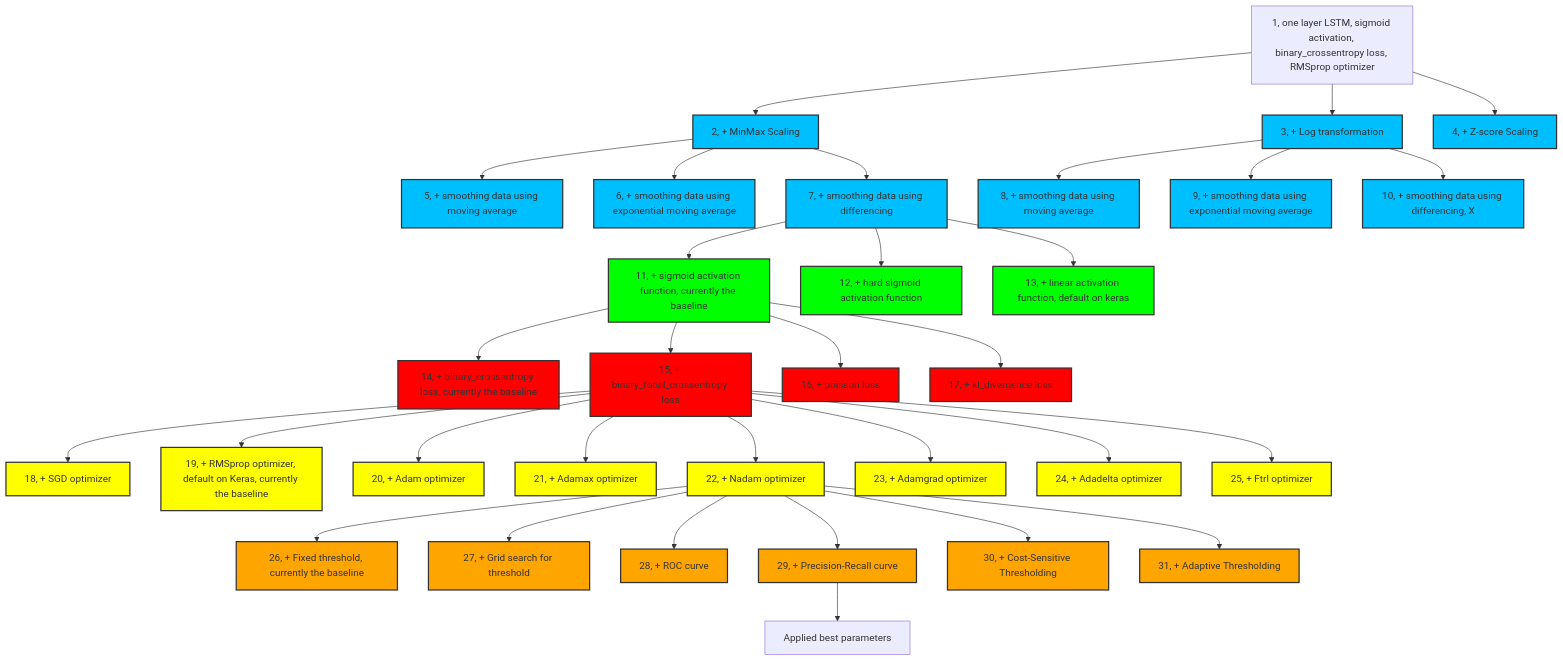
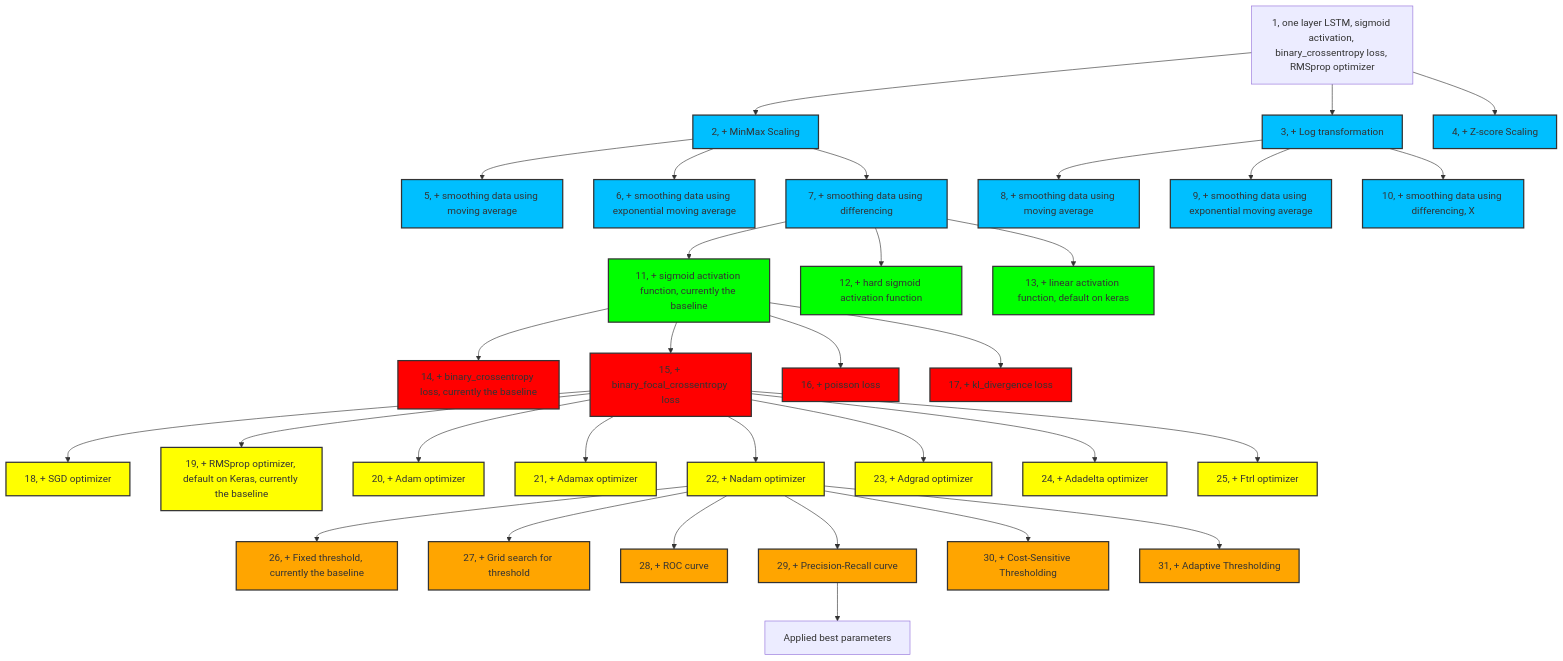
One commit to zihaozeng0021/currency-exchange-rate-forecasting changed the diagram in src/models/LSTM/LSTM_classifier/experiment_hierarchy.md. Above: the diagram before and after it, drawn with Mermaid. The commit also changed 9 other files, not shown here.

````diff
--- a/src/models/LSTM/LSTM_classifier/experiment_hierarchy.md
+++ b/src/models/LSTM/LSTM_classifier/experiment_hierarchy.md
@@ -1,55 +1,55 @@
 ```mermaid
 graph TD
     1[1, one layer LSTM, sigmoid activation, binary_crossentropy loss, RMSprop optimizer] --> 2[2, + MinMax Scaling]
     1 --> 3[3, + Log transformation]
     1 --> 4[4, + Z-score Scaling]
     2 --> 5[5, + smoothing data using moving average]
     2 --> 6[6, + smoothing data using exponential moving average]
     2 --> 7[7, + smoothing data using differencing]
     3 --> 8[8, + smoothing data using moving average]
     3 --> 9[9, + smoothing data using exponential moving average]
     3 --> 10[10, + smoothing data using differencing, X]
     7 --> 11[11, + sigmoid activation function, currently the baseline]
     7 --> 12[12, + hard sigmoid activation function]
     7 --> 13[13, + linear activation function, default on keras]
     11 --> 14[14, + binary_crossentropy loss, currently the baseline]
     11 --> 15[15, + binary_focal_crossentropy loss]
     11 --> 16[16, + poisson loss]
     11 --> 17[17, + kl_divergence loss]
     15 --> 18[18, + SGD optimizer]
     15 --> 19[19, + RMSprop optimizer, default on Keras, currently the baseline]
     15 --> 20[20, + Adam optimizer]
     15 --> 21[21, + Adamax optimizer]
     15 --> 22[22, + Nadam optimizer]
-    15 --> 23[23, + Adamgrad optimizer]
+    15 --> 23[23, + Adgrad optimizer]
     15 --> 24[24, + Adadelta optimizer]
     15 --> 25[25, + Ftrl optimizer]
     22 --> 26[26, + Fixed threshold, currently the baseline]
     22 --> 27[27, + Grid search for threshold]
     22 --> 28[28, + ROC curve]
     22 --> 29[29, + Precision-Recall curve]
     22 --> 30[30, + Cost-Sensitive Thresholding]
     22 --> 31[31, + Adaptive Thresholding]
     29 --> 32[Applied best parameters]
     
     
     
     
     classDef brightBlue fill:#00BFFF,stroke:#333,stroke-width:2px;
     class 2,3,4,5,6,7,8,9,10 brightBlue;
     
     classDef brightGreen fill:#00FF00,stroke:#333,stroke-width:2px;
     class 11,12,13 brightGreen;
     
     classDef brightRed fill:#FF0000,stroke:#333,stroke-width:2px;
     class 14,15,16,17 brightRed;
     
     classDef brightYellow fill:#FFFF00,stroke:#333,stroke-width:2px;
     class 18,19,20,21,22,23,24,25 brightYellow;
     
     classDef brightOrange fill:#FFA500,stroke:#333,stroke-width:2px;
     class 26,27,28,29,30,31 brightOrange;
 
     
     
 ```
````
